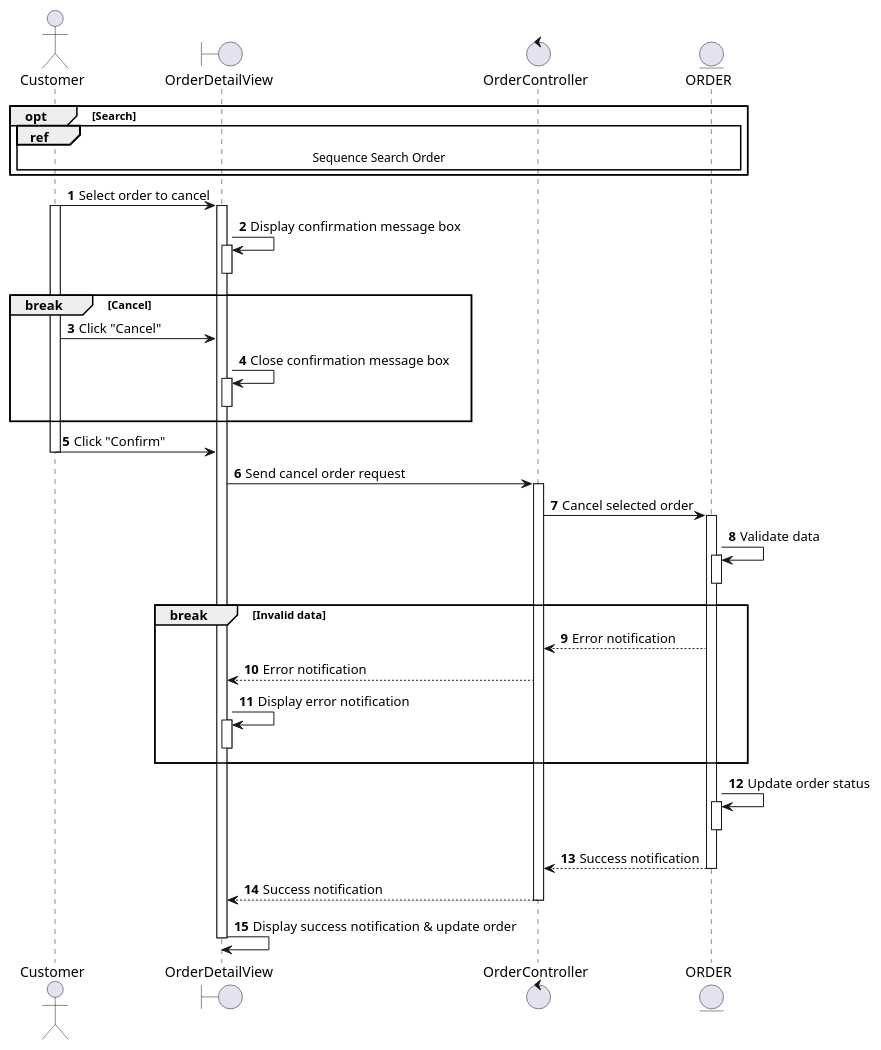
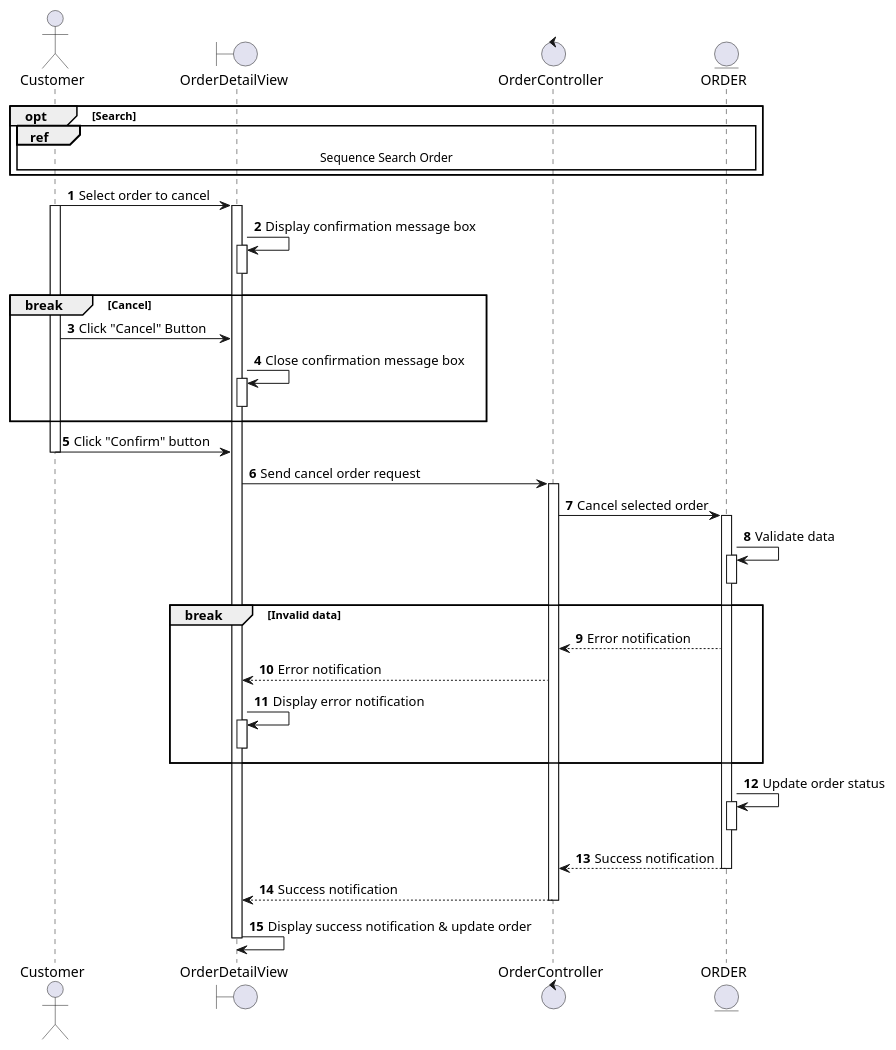
The diagram in docs/docs/sequence/view-order/cancel-order.md (electricilies/electricilies.github.io), drawn with PlantUML before and after one commit. The commit also changed 12 other files, not shown here.

````diff
--- a/docs/docs/sequence/view-order/cancel-order.md
+++ b/docs/docs/sequence/view-order/cancel-order.md
@@ -3,52 +3,52 @@
 ```plantuml
 @startuml
 autonumber
 
 actor Customer as C
 boundary OrderDetailView as ODV
 control OrderController as OC
 entity ORDER as O
 
 opt Search
   ref over C, O: Sequence Search Order
 end
 C -> ODV: Select order to cancel
 activate C
 activate ODV
 ODV -> ODV: Display confirmation message box
 activate ODV
 deactivate ODV
 break Cancel
-  C -> ODV: Click "Cancel"
+  C -> ODV: Click "Cancel" Button
   ODV -> ODV: Close confirmation message box
   activate ODV
   deactivate ODV
 end
-C -> ODV: Click "Confirm"
+C -> ODV: Click "Confirm" button
 deactivate C
 ODV -> OC: Send cancel order request
 activate OC
 OC -> O: Cancel selected order
 activate O
 O -> O: Validate data
 activate O
 deactivate O
 break Invalid data
   OC <-- O: Error notification
   ODV <-- OC: Error notification
   ODV -> ODV: Display error notification
   activate ODV
   deactivate ODV
 end
 O -> O: Update order status
 activate O
 deactivate O
 OC <-- O: Success notification
 deactivate O
 ODV <-- OC: Success notification
 deactivate OC
 ODV -> ODV: Display success notification & update order
 deactivate ODV
 
 @enduml
 ```
````
